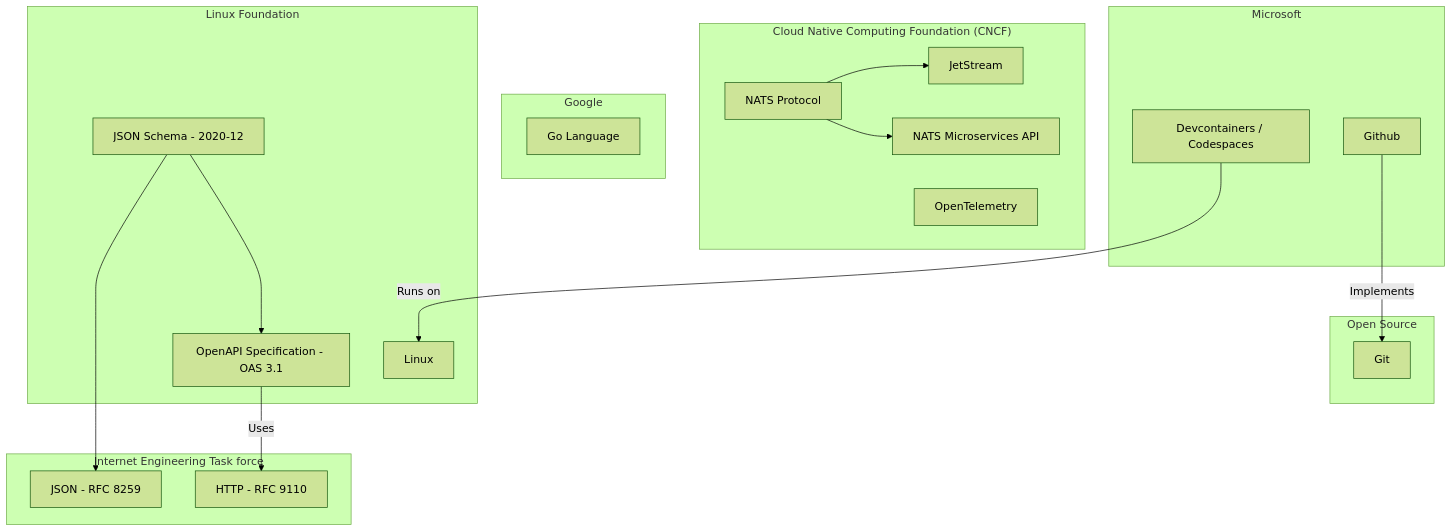
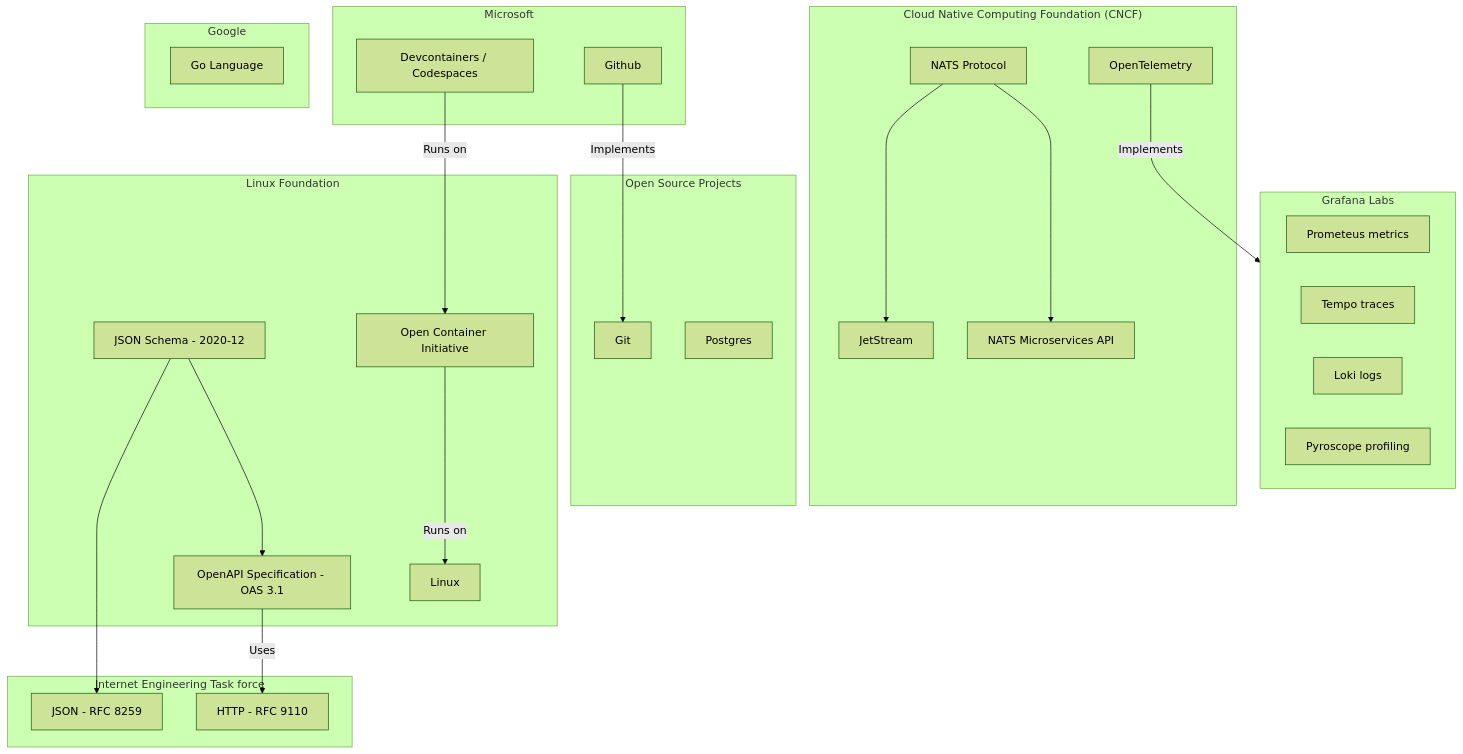
The second of 2 diagrams in README.md (davidoram/beaker), drawn with Mermaid (forest theme) before and after one commit. The commit also changed other lines of this file and 5 other files, not shown here.

````diff
--- a/README.md
+++ b/README.md
@@ -92,45 +93,58 @@
 ```mermaid
 graph TD
   %% Organizations
   subgraph CNCF["Cloud Native Computing Foundation (CNCF)"]
     NATS[NATS Protocol]
     JetStream[JetStream]
     NATSService[NATS Microservices API]
     OpenTelemetry[OpenTelemetry]
   end
 
   subgraph MS["Microsoft"]
     Devcontainers[Devcontainers / Codespaces]
     Github
   end
 
-  subgraph GPL["Open Source"]
+  subgraph GLabs["Grafana Labs"]
+    Prometheus["Prometeus metrics"]
+    Tempo["Tempo traces"]
+    Loki["Loki logs"]
+    Pyroscope["Pyroscope profiling"]
+  end
+
+  subgraph GPL["Open Source Projects"]
     Git
+    Postgres
   end
 
   subgraph Google["Google"]
     Go[Go Language]
   end
 
   subgraph IETF["Internet Engineering Task force"]
     HTTP[HTTP - RFC 9110]
     JSON[JSON - RFC 8259]
   end
   %% Other technologies
   subgraph LinuxF["Linux Foundation"]
     JSONSchema[JSON Schema - 2020-12]
     OpenAPI[OpenAPI Specification - OAS 3.1]
     Linux
+    OCI[Open Container Initiative]
   end
   
   %% Connections
   JSONSchema --> JSON
   JSONSchema --> OpenAPI
   OpenAPI -->|Uses| HTTP
 
   NATS --> JetStream
   NATS --> NATSService
  
   Github -->|Implements|Git
-  Devcontainers -->|Runs on|Linux
+  Devcontainers -->|Runs on|OCI
+  OCI -->|Runs on|Linux
+
+  OpenTelemetry-->|Implements|GLabs
+
 ```
````
